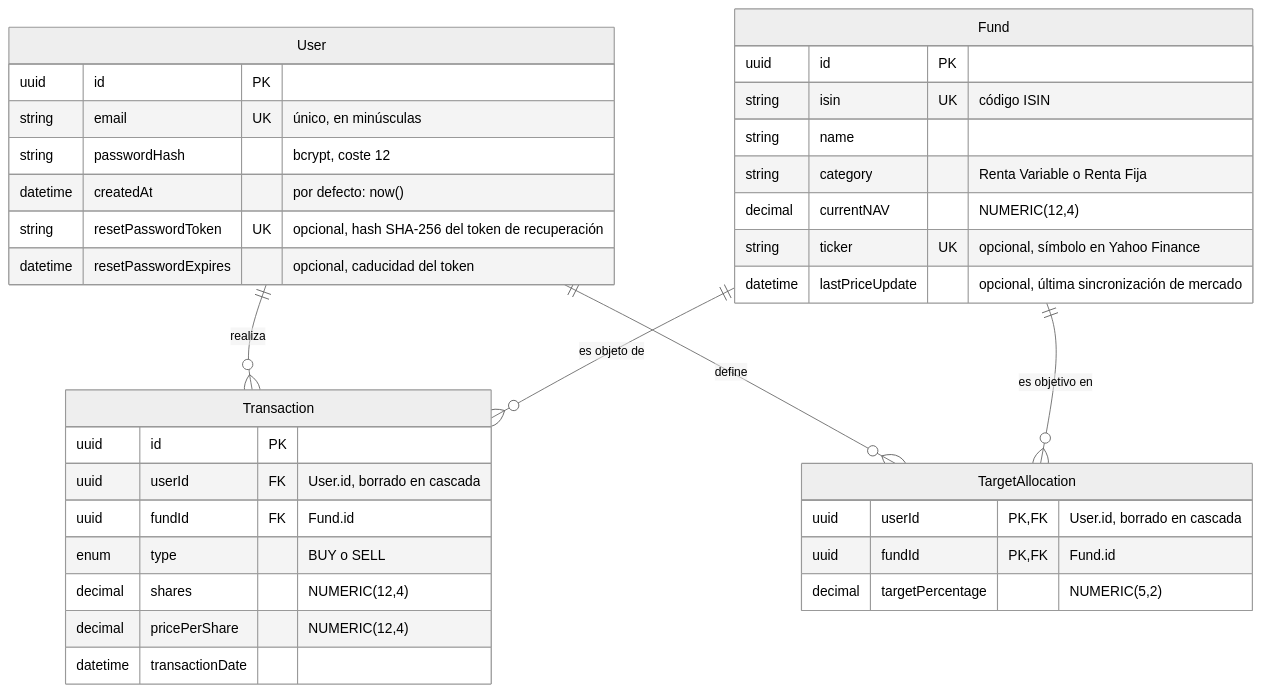
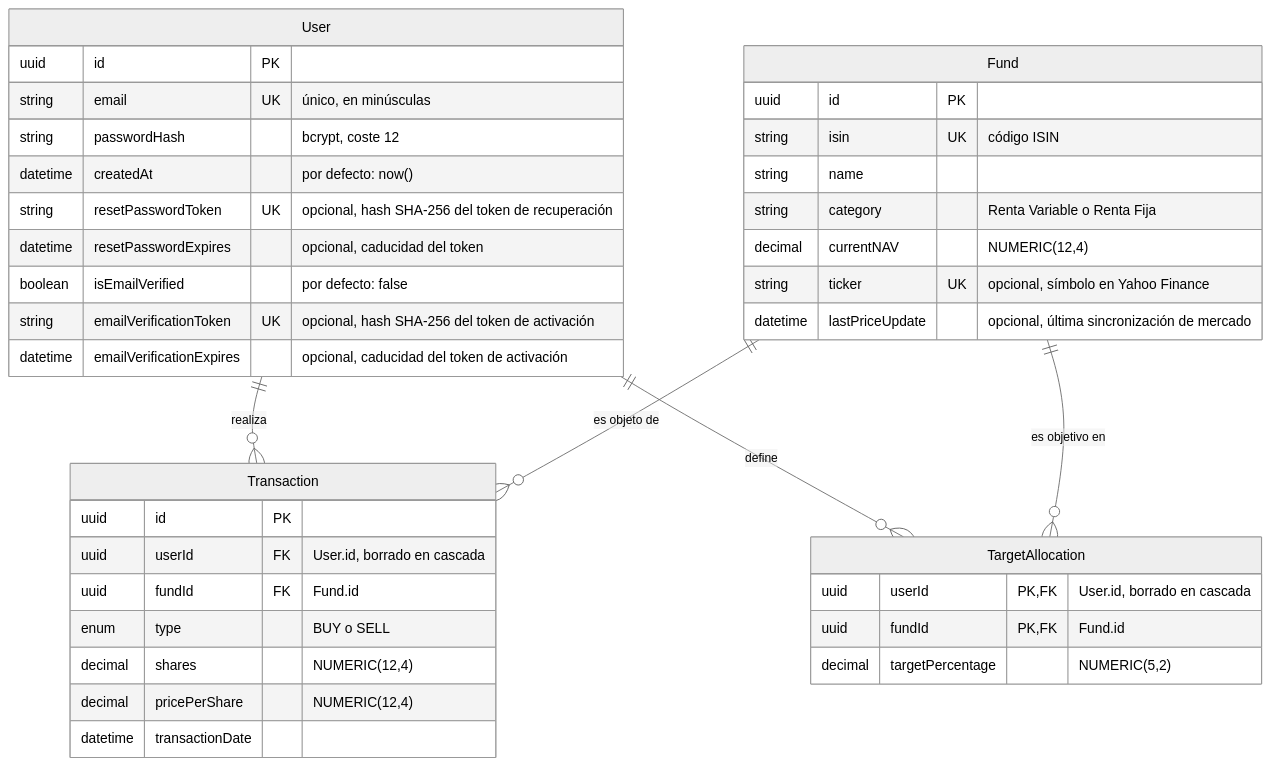
Before and after one commit to Dominique691/gestor-carteras: the fourth of 4 diagrams in DOCUMENTACION_TFM.md, drawn with Mermaid (neutral theme). The commit also changed other lines of this file and 18 other files, not shown here.

First line of the commit message:
Añade la verificación del email al registrarse

````diff
--- a/DOCUMENTACION_TFM.md
+++ b/DOCUMENTACION_TFM.md
@@ -172,42 +172,45 @@
 ```mermaid
 erDiagram
     User ||--o{ Transaction : "realiza"
     Fund ||--o{ Transaction : "es objeto de"
     User ||--o{ TargetAllocation : "define"
     Fund ||--o{ TargetAllocation : "es objetivo en"
 
     User {
         uuid id PK
         string email UK "único, en minúsculas"
         string passwordHash "bcrypt, coste 12"
         datetime createdAt "por defecto: now()"
         string resetPasswordToken UK "opcional, hash SHA-256 del token de recuperación"
         datetime resetPasswordExpires "opcional, caducidad del token"
+        boolean isEmailVerified "por defecto: false"
+        string emailVerificationToken UK "opcional, hash SHA-256 del token de activación"
+        datetime emailVerificationExpires "opcional, caducidad del token de activación"
     }
 
     Fund {
         uuid id PK
         string isin UK "código ISIN"
         string name
         string category "Renta Variable o Renta Fija"
         decimal currentNAV "NUMERIC(12,4)"
         string ticker UK "opcional, símbolo en Yahoo Finance"
         datetime lastPriceUpdate "opcional, última sincronización de mercado"
     }
 
     Transaction {
         uuid id PK
         uuid userId FK "User.id, borrado en cascada"
         uuid fundId FK "Fund.id"
         enum type "BUY o SELL"
         decimal shares "NUMERIC(12,4)"
         decimal pricePerShare "NUMERIC(12,4)"
         datetime transactionDate
     }
 
     TargetAllocation {
         uuid userId PK, FK "User.id, borrado en cascada"
         uuid fundId PK, FK "Fund.id"
         decimal targetPercentage "NUMERIC(5,2)"
     }
 ```
````
